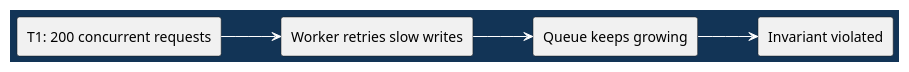
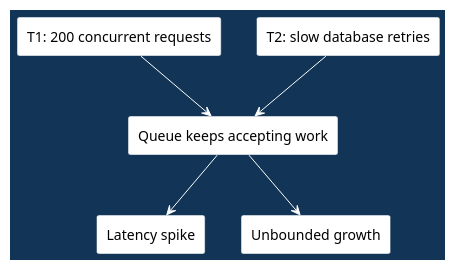
The ninth of 11 diagrams in doc/lectures/week12/load_testing/README.slides.adoc (madajaju/CS5254), drawn with PlantUML before and after one commit. The commit also changed other lines of this file and 47 other files, not shown here.

```diff
--- a/doc/lectures/week12/load_testing/README.slides.adoc
+++ b/doc/lectures/week12/load_testing/README.slides.adoc
@@ -160,28 +227,27 @@
-[plantuml,width=100%]
+[plantuml, width=100%]
 ----
 @startuml
 skinparam shadowing false
-skinparam backgroundColor #123456
-skinparam defaultFontColor black
+skinparam BackgroundColor #123456
+skinparam DefaultFontColor black
 skinparam ArrowColor white
 skinparam ArrowFontColor #ffd166
 skinparam ArrowFontStyle bold
 skinparam ArrowFontSize 16
-skinparam BoxBackgroundColor white
-skinparam BoxFontColor black
 skinparam BorderColor #123456
-skinparam ParticipantBorderColor #123456
-skinparam ParticipantBackgroundColor white
-skinparam ParticipantFontColor black
-skinparam LifeLineBorderColor white
-skinparam LifeLineBackgroundColor white
-left to right direction
+skinparam rectangle {
+  BackgroundColor white
+  BorderColor #123456
+  FontColor black
+}
 rectangle "T1: 200 concurrent requests" as T1
-rectangle "Worker retries slow writes" as T2
-rectangle "Queue keeps growing" as T3
-rectangle "Invariant violated" as V
-T1 --> T2
-T2 --> T3
-T3 --> V
+rectangle "T2: slow database retries" as T2
+rectangle "Queue keeps accepting work" as Q
+rectangle "Latency spike" as L
+rectangle "Unbounded growth" as U
+T1 --> Q
+T2 --> Q
+Q --> L
+Q --> U
 @enduml
 ----
```
